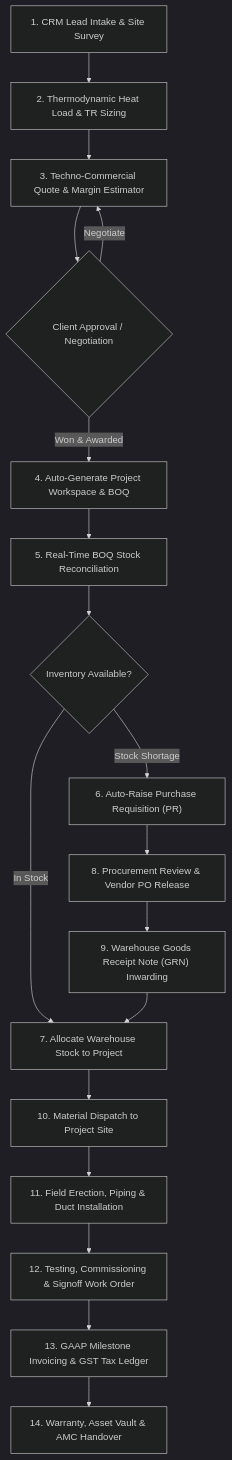
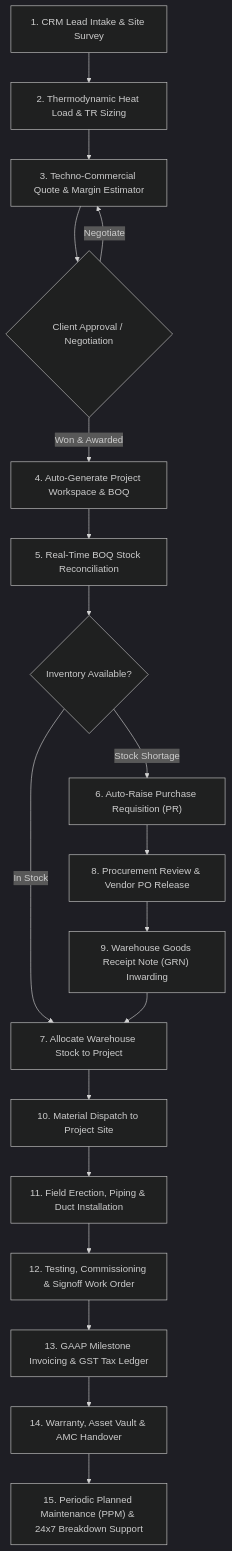
One commit to shivenkg/AlphaERP-V1 changed the second of 3 diagrams in README.md. Above: the diagram before and after it, drawn with Mermaid (dark theme). The commit also changed other lines of this file and 23 other files, not shown here.

````diff
--- a/README.md
+++ b/README.md
@@ -104,20 +107,21 @@
 ```mermaid
 flowchart TD
     A["1. CRM Lead Intake & Site Survey"] --> B["2. Thermodynamic Heat Load & TR Sizing"]
     B --> C["3. Techno-Commercial Quote & Margin Estimator"]
     C --> D{"Client Approval / Negotiation"}
     D -- Negotiate --> C
     D -- Won & Awarded --> E["4. Auto-Generate Project Workspace & BOQ"]
     E --> F["5. Real-Time BOQ Stock Reconciliation"]
     F --> G{"Inventory Available?"}
     G -- Stock Shortage --> H["6. Auto-Raise Purchase Requisition (PR)"]
     G -- In Stock --> I["7. Allocate Warehouse Stock to Project"]
     H --> J["8. Procurement Review & Vendor PO Release"]
     J --> K["9. Warehouse Goods Receipt Note (GRN) Inwarding"]
     K --> I
     I --> L["10. Material Dispatch to Project Site"]
     L --> M["11. Field Erection, Piping & Duct Installation"]
     M --> N["12. Testing, Commissioning & Signoff Work Order"]
     N --> O["13. GAAP Milestone Invoicing & GST Tax Ledger"]
     O --> P["14. Warranty, Asset Vault & AMC Handover"]
+    P --> Q["15. Periodic Planned Maintenance (PPM) & 24x7 Breakdown Support"]
 ```
````
